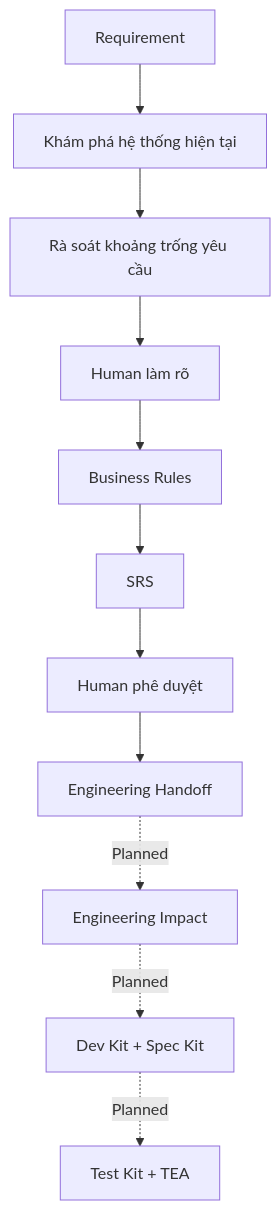
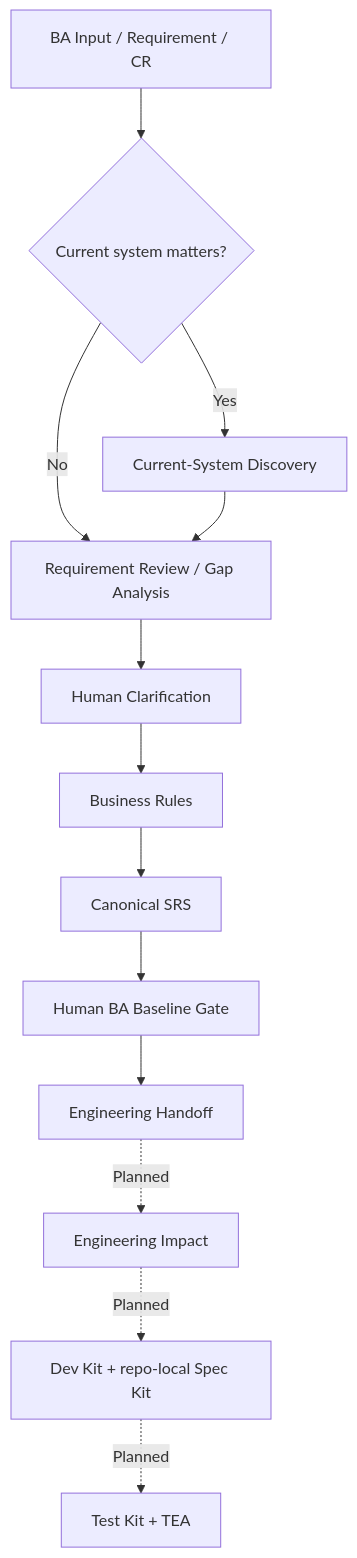
The first of 2 diagrams in docs/vi/BA_KIT_WORKFLOW.md (iceteaofyoureyes/agent-skills), drawn with Mermaid before and after one commit. The commit also changed other lines of this file and 29 other files, not shown here.

```diff
--- a/docs/vi/BA_KIT_WORKFLOW.md
+++ b/docs/vi/BA_KIT_WORKFLOW.md
@@ -5,13 +12,15 @@
 ~~~mermaid
 flowchart TD
-    A[Requirement] --> B[Khám phá hệ thống hiện tại]
-    B --> C[Rà soát khoảng trống yêu cầu]
-    C --> D[Human làm rõ]
-    D --> E[Business Rules]
-    E --> F[SRS]
-    F --> G[Human phê duyệt]
-    G --> H[Engineering Handoff]
-    H -. Planned .-> I[Engineering Impact]
-    I -. Planned .-> J[Dev Kit + Spec Kit]
-    J -. Planned .-> K[Test Kit + TEA]
+    A[BA Input / Requirement / CR] --> B{Current system matters?}
+    B -- Yes --> C[Current-System Discovery]
+    B -- No --> D[Requirement Review / Gap Analysis]
+    C --> D
+    D --> E[Human Clarification]
+    E --> F[Business Rules]
+    F --> G[Canonical SRS]
+    G --> H[Human BA Baseline Gate]
+    H --> I[Engineering Handoff]
+    I -. Planned .-> J[Engineering Impact]
+    J -. Planned .-> K[Dev Kit + repo-local Spec Kit]
+    K -. Planned .-> L[Test Kit + TEA]
 ~~~
```
